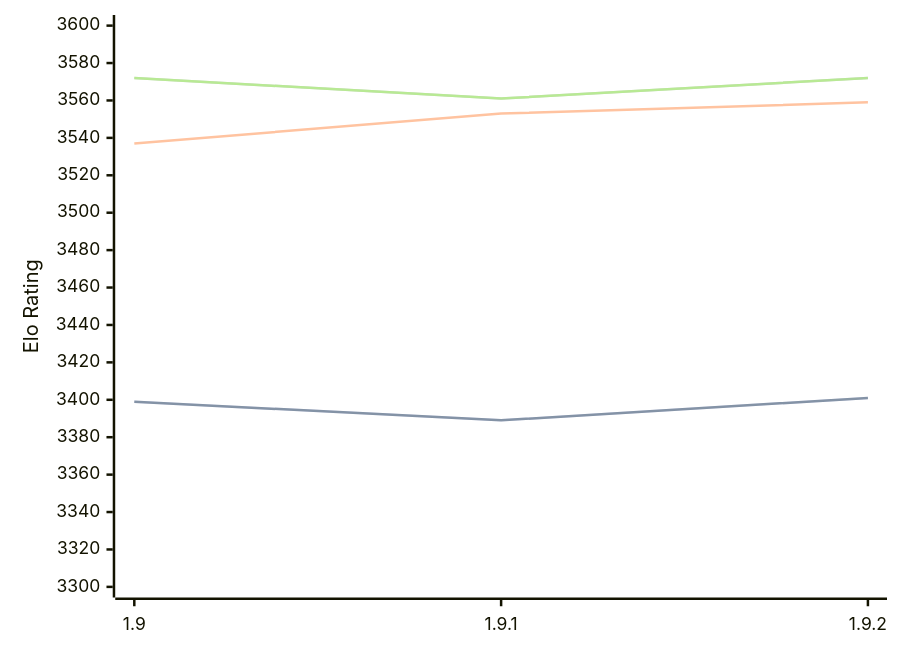
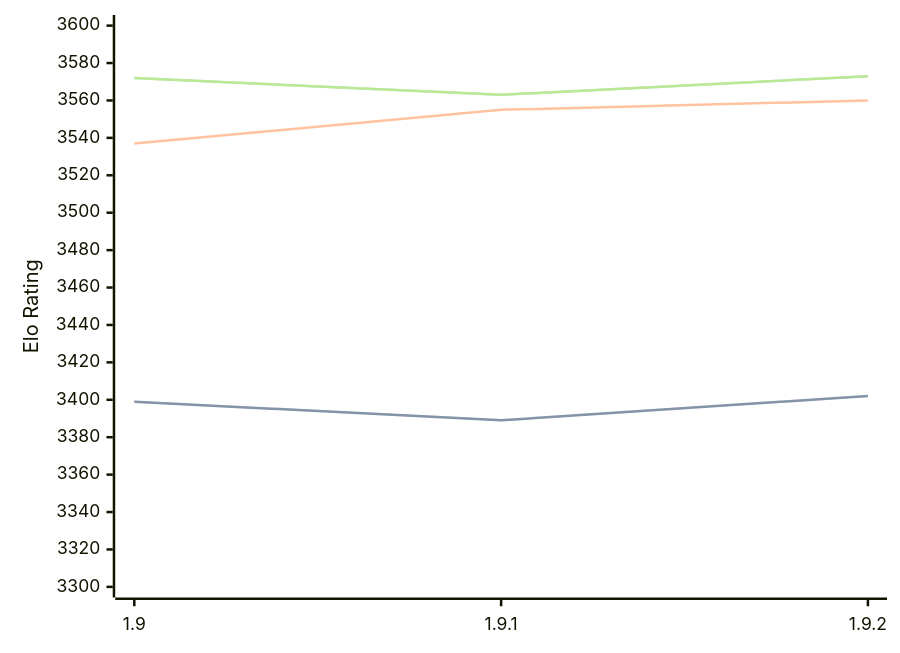
One commit to computer-chess-index/cci changed the diagram in engines/Pawnocchio.md. Above: the diagram before and after it, drawn with Mermaid. The commit also changed other lines of this file, not shown here.

Commit message:
Update CCI Ratings (ELO VLTC) - 2026-04-03

````diff
--- a/engines/Pawnocchio.md
+++ b/engines/Pawnocchio.md
@@ -48,11 +48,11 @@
 ```mermaid
 %%{init: {"theme":"base","themeVariables":{"seriesColors:['#a3a3a3','#222221','#faa371']}}}%%
 xychart-beta
   x-axis ["1.9", "1.9.1", "1.9.2"]
   y-axis "Elo Rating" 3300 --> 3600
-  line "STC (8.0+0.08s)" [3399, 3389, 3401]
-  line "STC (8.0+0.08s)" [3399, 3389, 3401]
-  line "LTC (60.0+0.60s)" [3537, 3553, 3559]
-  line "VLTC (2m24s+1.12s)" [3572, 3561, 3572]
-  line "VLTC (2m24s+1.12s)" [3572, 3561, 3572]
+  line "STC (8.0+0.08s)" [3399, 3389, 3402]
+  line "STC (8.0+0.08s)" [3399, 3389, 3402]
+  line "LTC (60.0+0.60s)" [3537, 3555, 3560]
+  line "VLTC (2m24s+1.12s)" [3572, 3563, 3573]
+  line "VLTC (2m24s+1.12s)" [3572, 3563, 3573]
 ```
````
